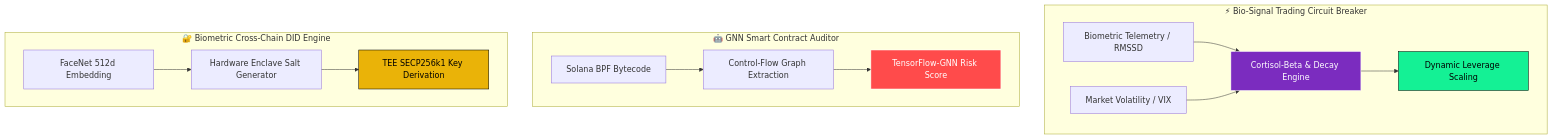
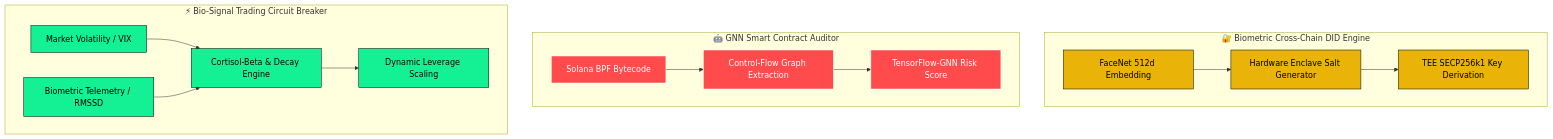
One commit to pikum06/pikum06 changed the diagram in README.md. Above: the diagram before and after it, drawn with Mermaid. The commit also changed other lines of this file, not shown here.

````diff
--- a/README.md
+++ b/README.md
@@ -53,19 +49,30 @@
 ```mermaid
 graph TD
-    subgraph P1 ["⚡ Bio-Signal Trading Circuit Breaker"]
-        A1[Biometric Telemetry / RMSSD] & A2[Market Volatility / VIX] --> B1[Cortisol-Beta & Decay Engine] --> C1[Dynamic Leverage Scaling]
+    subgraph P3 ["🔐 Biometric Cross-Chain DID Engine"]
+        A4[FaceNet 512d Embedding] --> B3[Hardware Enclave Salt Generator] --> C3[TEE SECP256k1 Key Derivation]
     end
 
     subgraph P2 ["🤖 GNN Smart Contract Auditor"]
         A3[Solana BPF Bytecode] --> B2[Control-Flow Graph Extraction] --> C2[TensorFlow-GNN Risk Score]
     end
 
-    subgraph P3 ["🔐 Biometric Cross-Chain DID Engine"]
-        A4[FaceNet 512d Embedding] --> B3[Hardware Enclave Salt Generator] --> C3[TEE SECP256k1 Key Derivation]
+    subgraph P1 ["⚡ Bio-Signal Trading Circuit Breaker"]
+        A1[Market Volatility / VIX] & A2[Biometric Telemetry / RMSSD] --> B1[Cortisol-Beta & Decay Engine] --> C1[Dynamic Leverage Scaling]
     end
 
-    style B1 fill:#7b2cbf,stroke:#fff,color:#fff
+    %% 🟡 Biometric DID Engine (Yellow Theme)
+    style A4 fill:#eab308,stroke:#000,color:#000
+    style B3 fill:#eab308,stroke:#000,color:#000
+    style C3 fill:#eab308,stroke:#000,color:#000
+
+    %% 🔴 GNN Smart Contract Auditor (Red/Orange Theme)
+    style A3 fill:#ff4b4b,stroke:#fff,color:#fff
+    style B2 fill:#ff4b4b,stroke:#fff,color:#fff
+    style C2 fill:#ff4b4b,stroke:#fff,color:#fff
+
+    %% 🟢 Bio-Signal Circuit Breaker (Green Theme)
+    style A1 fill:#14f195,stroke:#000,color:#000
+    style A2 fill:#14f195,stroke:#000,color:#000
+    style B1 fill:#14f195,stroke:#000,color:#000
     style C1 fill:#14f195,stroke:#000,color:#000
-    style C2 fill:#ff4b4b,stroke:#fff,color:#fff
-    style C3 fill:#eab308,stroke:#000,color:#000
 ```
````
